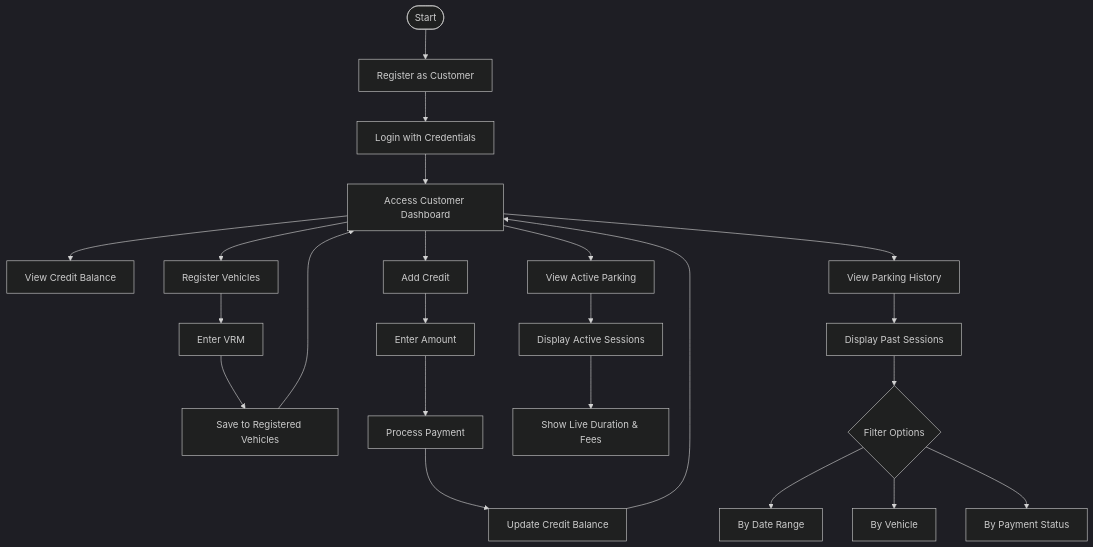
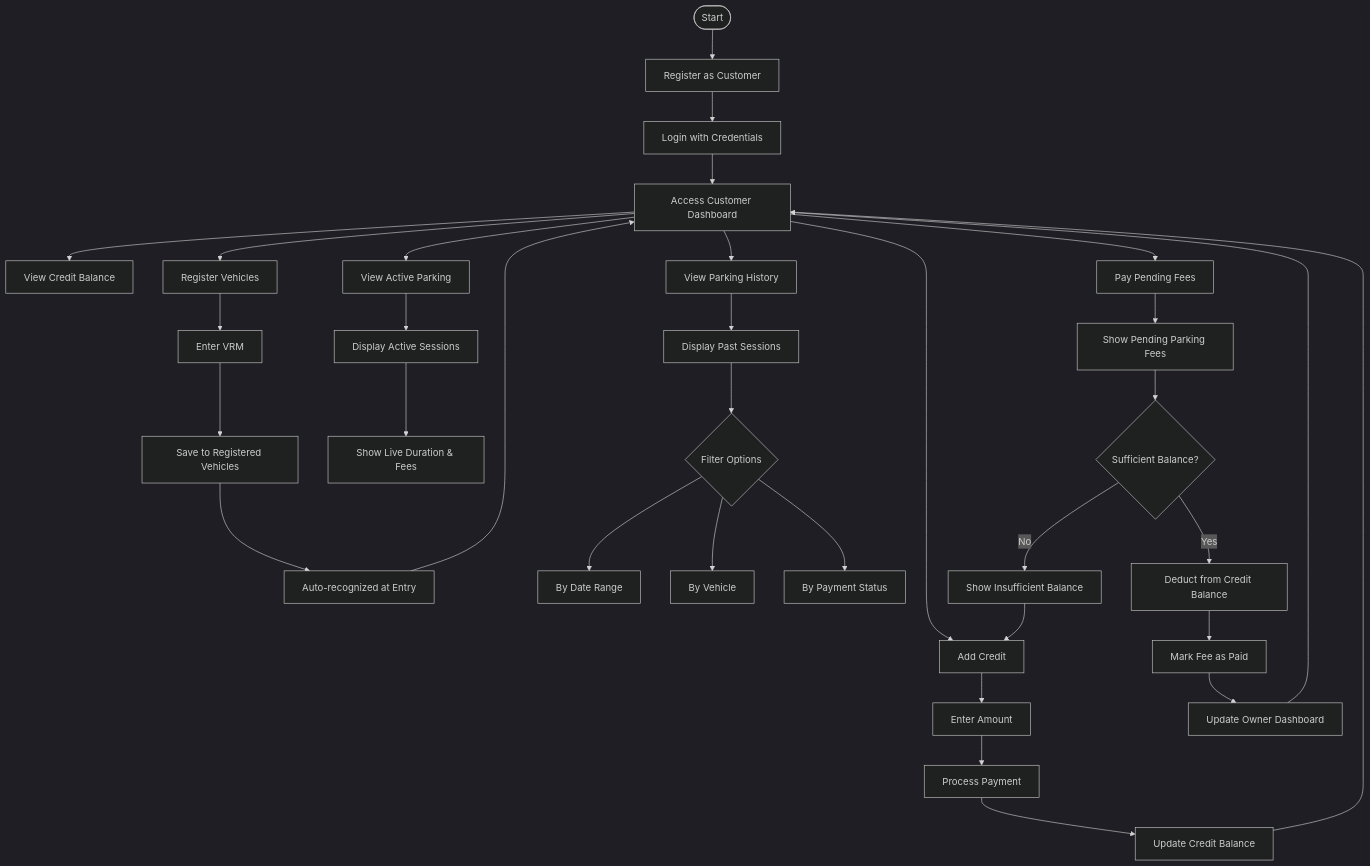
The second of 2 diagrams in FrontendFlow.md (iamwasiqueasjid/Car-Parking-Management-ASP.NET-React), drawn with Mermaid (dark theme) before and after one commit. The commit also changed other lines of this file, not shown here.

Commit message:
User flow md updated

````diff
--- a/FrontendFlow.md
+++ b/FrontendFlow.md
@@ -46,29 +63,40 @@
 ```mermaid
 flowchart TD
     Start([Start]) --> Register[Register as Customer]
     Register --> Login[Login with Credentials]
     Login --> Dashboard[Access Customer Dashboard]
     Dashboard --> ViewBalance[View Credit Balance]
     Dashboard --> AddVehicle[Register Vehicles]
     Dashboard --> AddCredit[Add Credit]
     Dashboard --> ViewActive[View Active Parking]
     Dashboard --> ViewHistory[View Parking History]
+    Dashboard --> PayFees[Pay Pending Fees]
 
     AddVehicle --> EnterVRM[Enter VRM]
     EnterVRM --> SaveVehicle[Save to Registered Vehicles]
-    SaveVehicle --> Dashboard
+    SaveVehicle --> AutoRecognize[Auto-recognized at Entry]
+    AutoRecognize --> Dashboard
 
     AddCredit --> EnterAmount[Enter Amount]
     EnterAmount --> ProcessPayment[Process Payment]
     ProcessPayment --> UpdateBalance[Update Credit Balance]
     UpdateBalance --> Dashboard
 
     ViewActive --> ShowSessions[Display Active Sessions]
     ShowSessions --> LiveDuration[Show Live Duration & Fees]
 
     ViewHistory --> ShowPast[Display Past Sessions]
     ShowPast --> FilterHistory{Filter Options}
     FilterHistory --> ByDate[By Date Range]
     FilterHistory --> ByVehicle[By Vehicle]
     FilterHistory --> ByStatus[By Payment Status]
+
+    PayFees --> ShowPending[Show Pending Parking Fees]
+    ShowPending --> CheckBalance{Sufficient Balance?}
+    CheckBalance -->|Yes| DeductFee[Deduct from Credit Balance]
+    CheckBalance -->|No| ShowError[Show Insufficient Balance]
+    ShowError --> AddCredit
+    DeductFee --> MarkAsPaid[Mark Fee as Paid]
+    MarkAsPaid --> UpdateOwnerDashboard[Update Owner Dashboard]
+    UpdateOwnerDashboard --> Dashboard
 ```
````
